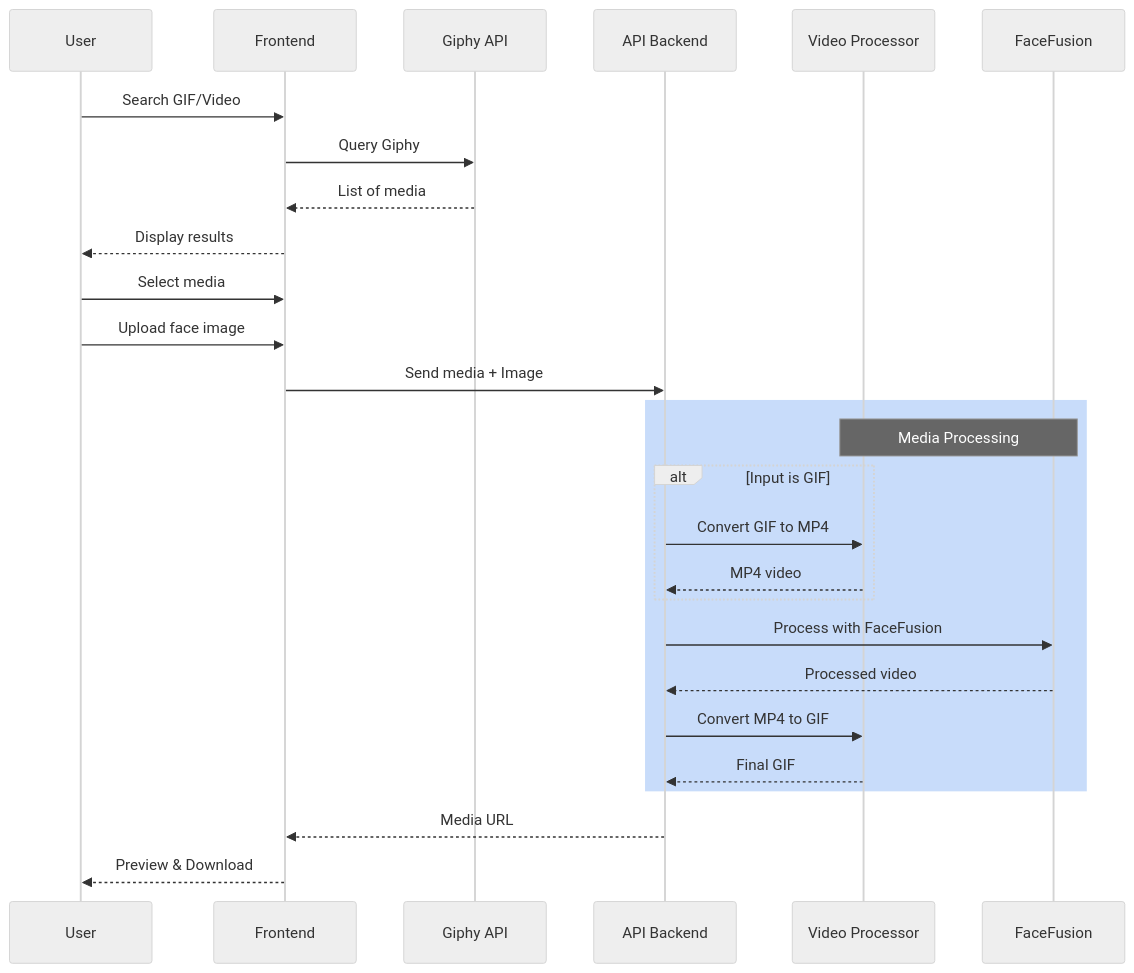
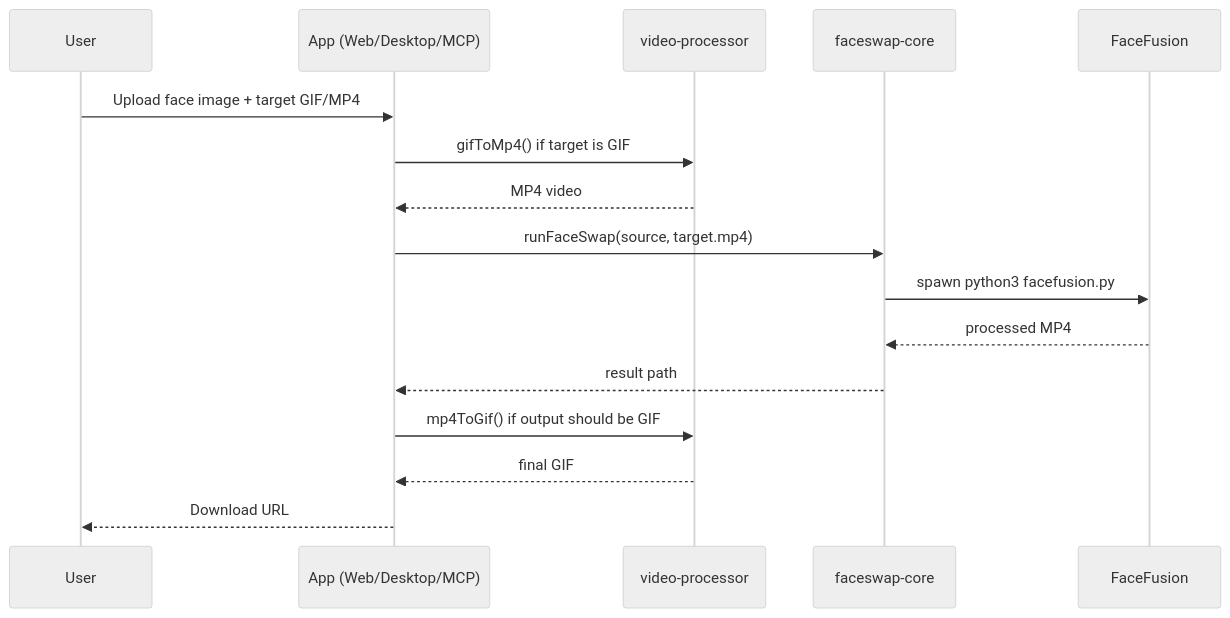
One commit to Tlahey/meme-swap changed the second of 2 diagrams in README.md. Above: the diagram before and after it, drawn with Mermaid (neutral theme). The commit also changed other lines of this file and 55 other files, not shown here.

````diff
--- a/README.md
+++ b/README.md
@@ -85,35 +80,19 @@
 ```mermaid
 sequenceDiagram
     participant U as User
-    participant F as Frontend
-    participant G as Giphy API
-    participant A as API Backend
-    participant V as Video Processor
+    participant App as App (Web/Desktop/MCP)
+    participant VP as video-processor
+    participant FC as faceswap-core
     participant FF as FaceFusion
-    
-    U->>F: Search GIF/Video
-    F->>G: Query Giphy
-    G-->>F: List of media
-    F-->>U: Display results
-    
-    U->>F: Select media
-    U->>F: Upload face image
-    F->>A: Send media + Image
-    
-    rect rgb(200, 220, 250)
-        Note over V,FF: Media Processing
-        alt Input is GIF
-            A->>V: Convert GIF to MP4
-            V-->>A: MP4 video
-        end
-        
-        A->>FF: Process with FaceFusion
-        FF-->>A: Processed video
-        
-        A->>V: Convert MP4 to GIF
-        V-->>A: Final GIF
-    end
-    
-    A-->>F: Media URL
-    F-->>U: Preview & Download
+
+    U->>App: Upload face image + target GIF/MP4
+    App->>VP: gifToMp4() if target is GIF
+    VP-->>App: MP4 video
+    App->>FC: runFaceSwap(source, target.mp4)
+    FC->>FF: spawn python3 facefusion.py
+    FF-->>FC: processed MP4
+    FC-->>App: result path
+    App->>VP: mp4ToGif() if output should be GIF
+    VP-->>App: final GIF
+    App-->>U: Download URL
 ```
````
